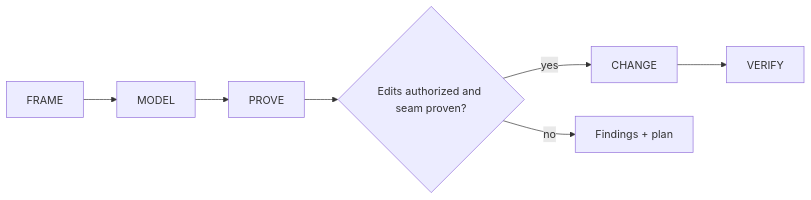
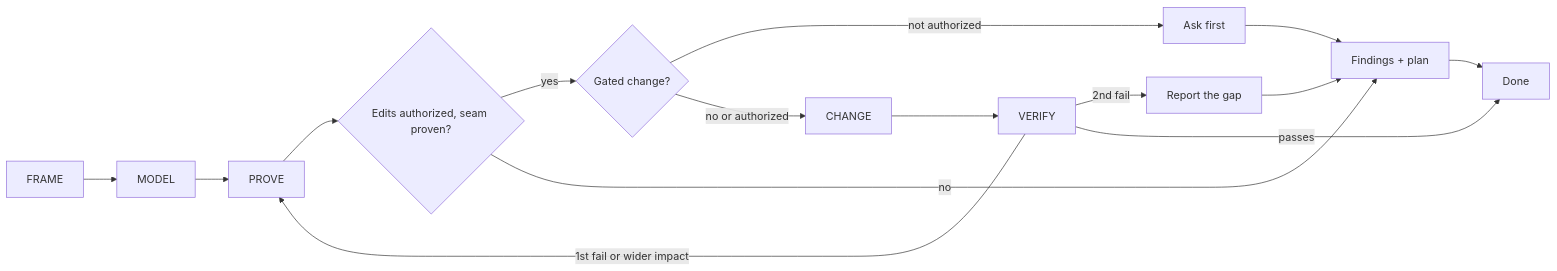
The diagram in skills/octocode-architect/SKILL.md (bgauryy/octocode-mcp), drawn with Mermaid before and after one commit. The commit also changed other lines of this file and 980 other files, not shown here.

````diff
--- a/skills/octocode-architect/SKILL.md
+++ b/skills/octocode-architect/SKILL.md
@@ -14,7 +12,13 @@
 ```mermaid
 flowchart LR
     F[FRAME] --> M[MODEL] --> P[PROVE]
-    P --> E{"Edits authorized and seam proven?"}
-    E -- yes --> C[CHANGE] --> V[VERIFY]
+    P --> E{"Edits authorized, seam proven?"}
+    E -- yes --> A{"Gated change?"}
+    A -- "not authorized" --> Q[Ask first] --> R
+    A -- "no or authorized" --> C[CHANGE] --> V[VERIFY]
     E -- no --> R["Findings + plan"]
+    V -- "1st fail or wider impact" --> P
+    V -- "2nd fail" --> G[Report the gap] --> R
+    V -- passes --> D[Done]
+    R --> D
 ```
````
